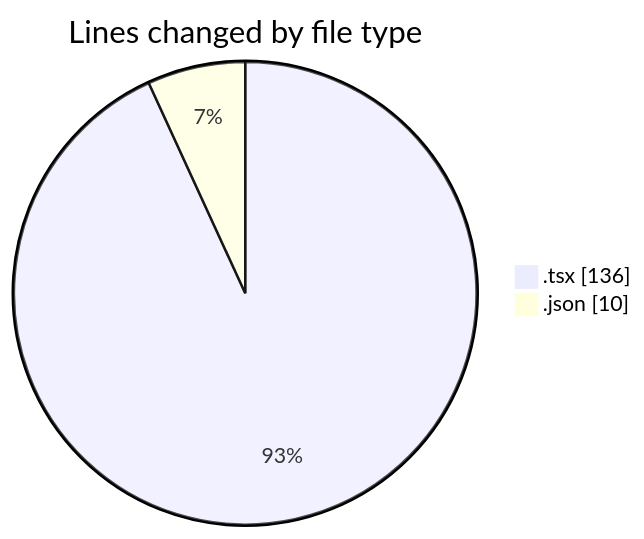
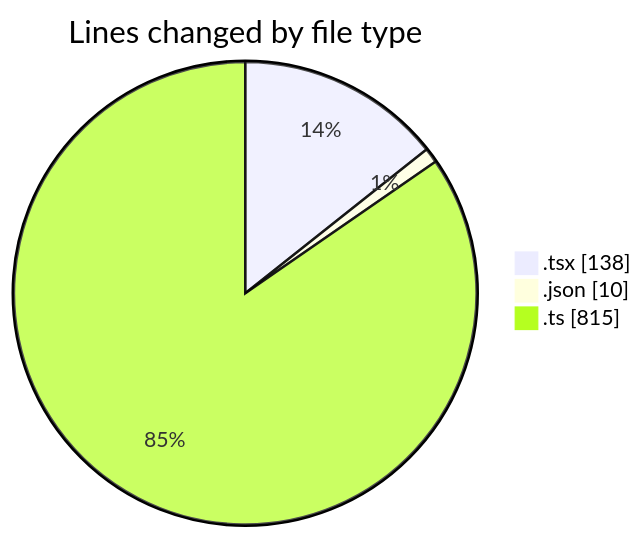
The first of 2 diagrams in 2026-04-30/cda/README.md (momahboobian/code-tracking), drawn with Mermaid before and after one commit. The commit also changed other lines of this file and 1 other file, not shown here.

````diff
--- a/2026-04-30/cda/README.md
+++ b/2026-04-30/cda/README.md
@@ -21,6 +23,7 @@
 ```mermaid
 pie showData
 title Lines changed by file type
-".tsx" : 136
+".tsx" : 138
 ".json" : 10
+".ts" : 815
 ```
````
